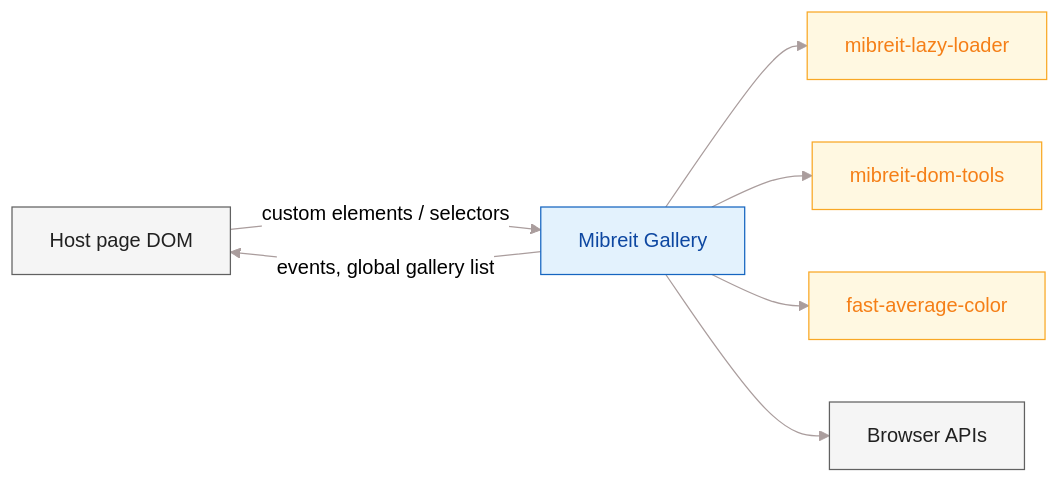
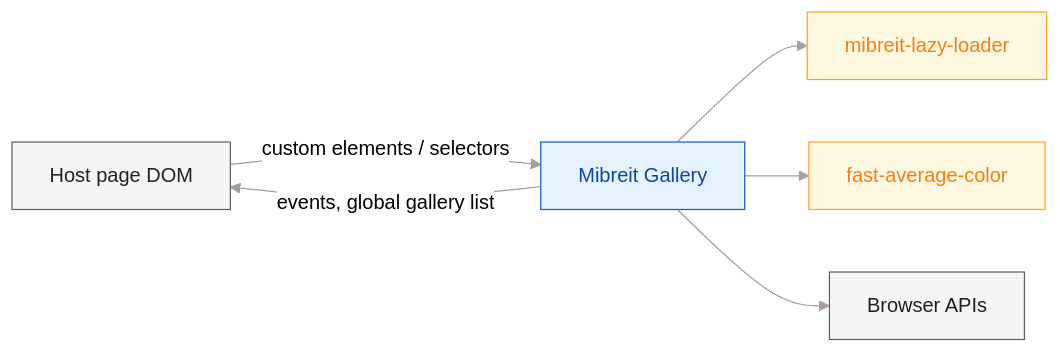
One commit to MichaelBreitung/mibreit-gallery-ts changed the second of 7 diagrams in doc/architecture.md. Above: the diagram before and after it, drawn with Mermaid. The commit also changed other lines of this file and 29 other files, not shown here.

First line of the commit message:
chore : removed dom tools dependency

````diff
--- a/doc/architecture.md
+++ b/doc/architecture.md
@@ -136,25 +136,23 @@
 ```mermaid
 %%{init: {'theme': 'neutral', 'themeVariables': {'primaryColor': '#e3f2fd', 'lineColor': '#aa9d9d'}}}%%
 graph LR
     page["Host page DOM"]
     gallery["Mibreit Gallery"]
     lazy["mibreit-lazy-loader"]
-    dom["mibreit-dom-tools"]
     avg["fast-average-color"]
     browser["Browser APIs"]
 
     page -->|"custom elements / selectors"| gallery
     gallery -->|"events, global gallery list"| page
     gallery --> lazy
-    gallery --> dom
     gallery --> avg
     gallery --> browser
 
     classDef core     fill:#e3f2fd,stroke:#1565c0,stroke-width:1px,color:#0d47a1
     classDef service  fill:#fff8e1,stroke:#f9a825,stroke-width:1px,color:#f57f17
     classDef support  fill:#f5f5f5,stroke:#616161,color:#212121
 
     class gallery core
-    class lazy,dom,avg service
+    class lazy,avg service
     class page,browser support
 ```
````
